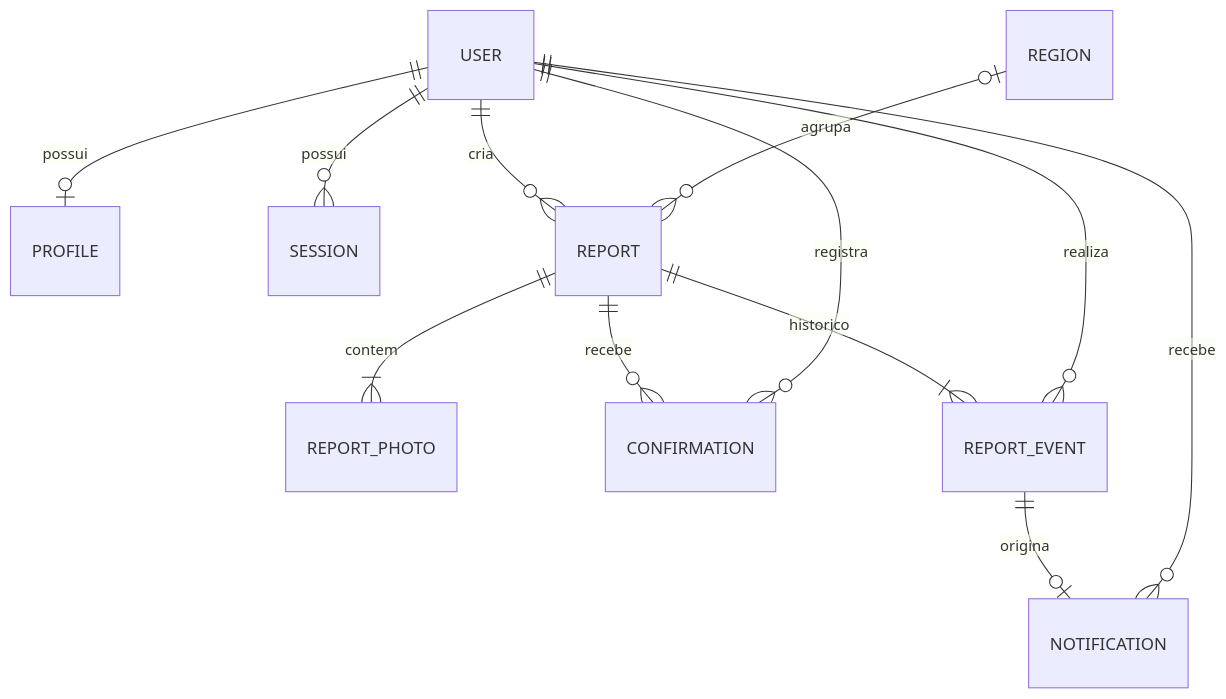
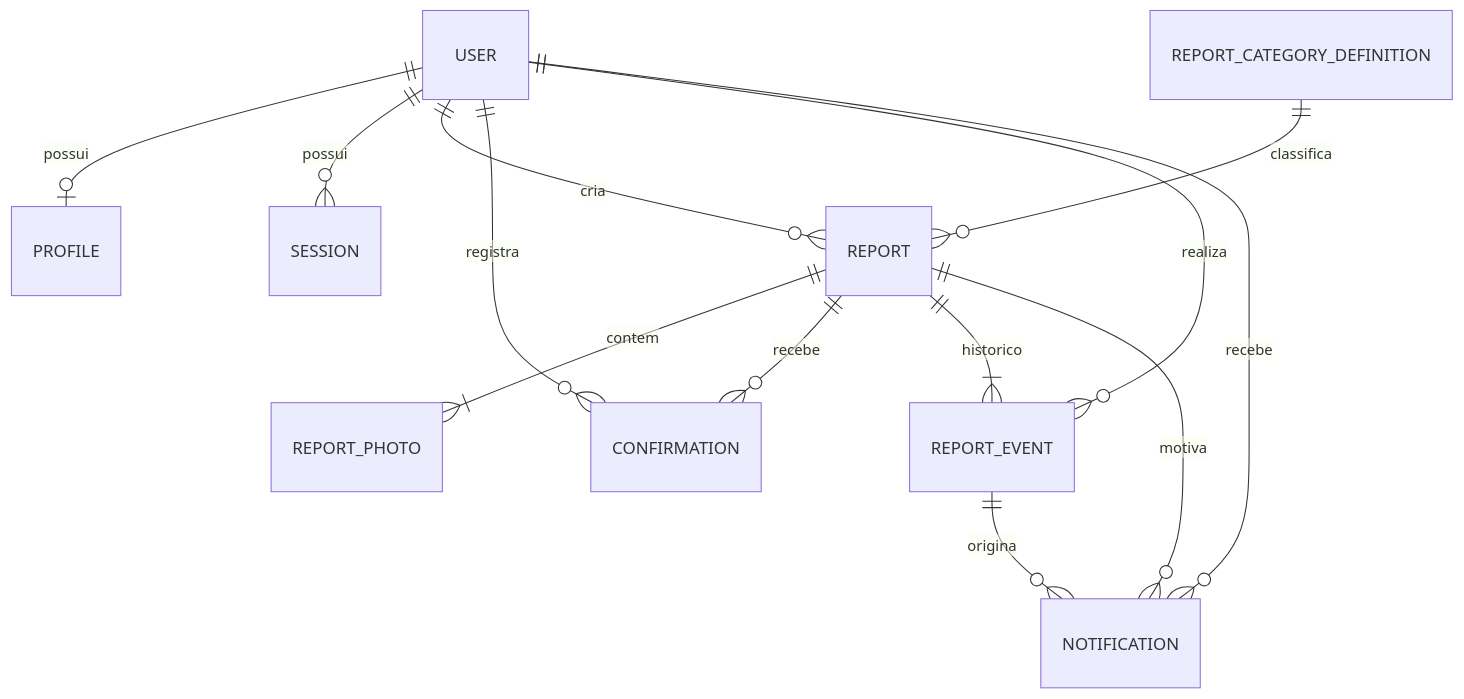
One commit to Duck1201/MyCity changed the diagram in docs/data-model.md. Above: the diagram before and after it, drawn with Mermaid. The commit also changed other lines of this file and 55 other files, not shown here.

````diff
--- a/docs/data-model.md
+++ b/docs/data-model.md
@@ -23,14 +24,15 @@
 ```mermaid
 erDiagram
     USER ||--o| PROFILE : possui
     USER ||--o{ SESSION : possui
     USER ||--o{ REPORT : cria
+    REPORT_CATEGORY_DEFINITION ||--o{ REPORT : classifica
     REPORT ||--|{ REPORT_PHOTO : contem
     REPORT ||--o{ CONFIRMATION : recebe
     USER ||--o{ CONFIRMATION : registra
     REPORT ||--|{ REPORT_EVENT : historico
     USER ||--o{ REPORT_EVENT : realiza
-    REPORT_EVENT ||--o| NOTIFICATION : origina
+    REPORT_EVENT ||--o{ NOTIFICATION : origina
     USER ||--o{ NOTIFICATION : recebe
-    REGION o|--o{ REPORT : agrupa
+    REPORT ||--o{ NOTIFICATION : motiva
 ```
````
